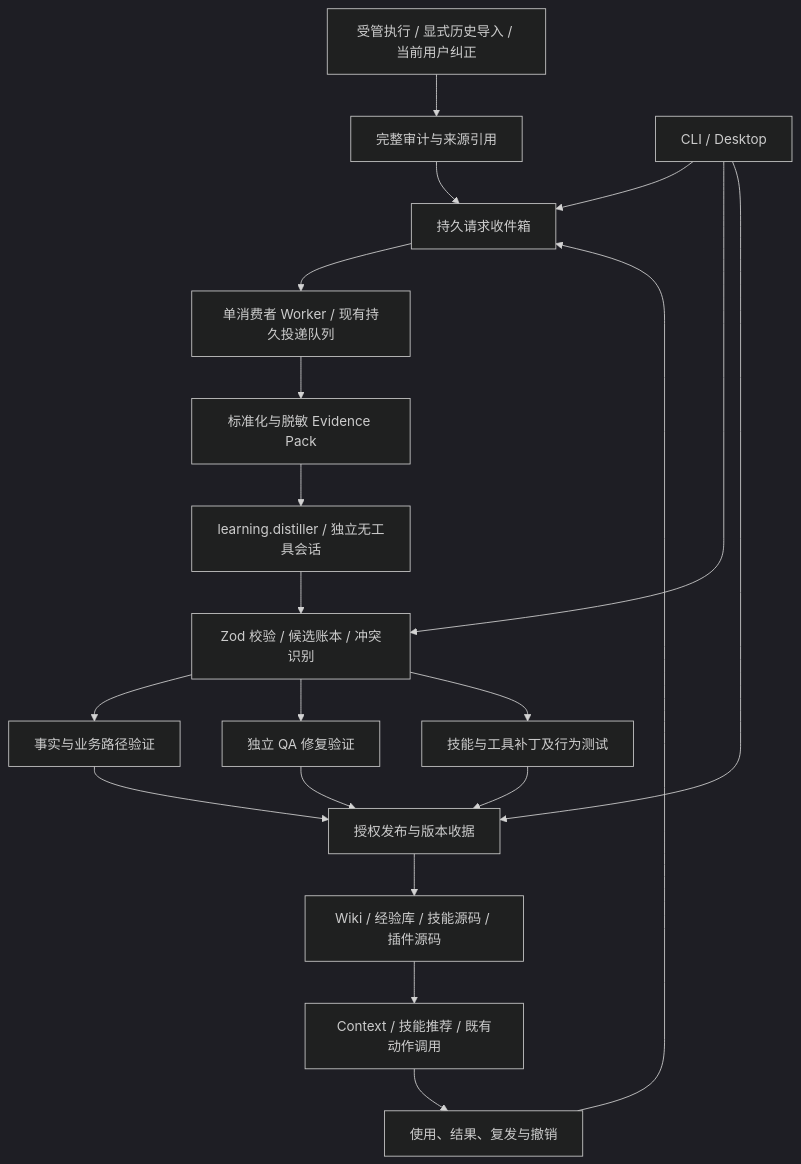
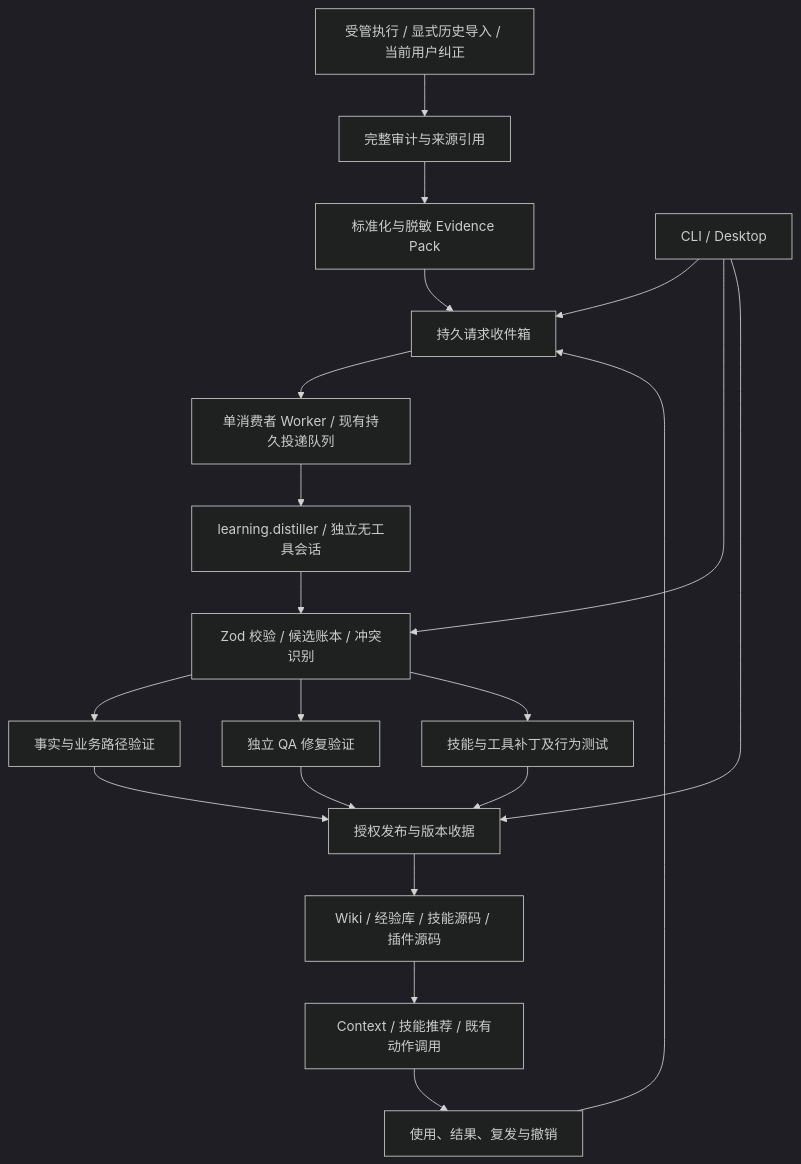
The diagram in docs/superpowers/plans/2026-11-09-session-distillation.zh.md (easyhaloo/afk), drawn with Mermaid (dark theme) before and after one commit. The commit also changed other lines of this file and 42 other files, not shown here.

````diff
--- a/docs/superpowers/plans/2026-11-09-session-distillation.zh.md
+++ b/docs/superpowers/plans/2026-11-09-session-distillation.zh.md
@@ -51,22 +51,22 @@
 ```mermaid
 flowchart TD
     A[受管执行 / 显式历史导入 / 当前用户纠正] --> B[完整审计与来源引用]
-    B --> C[持久请求收件箱]
+    B --> E[标准化与脱敏 Evidence Pack]
+    E --> C[持久请求收件箱]
     C --> D[单消费者 Worker / 现有持久投递队列]
-    D --> E[标准化与脱敏 Evidence Pack]
-    E --> F[learning.distiller / 独立无工具会话]
+    D --> F[learning.distiller / 独立无工具会话]
     F --> G[Zod 校验 / 候选账本 / 冲突识别]
     G --> H[事实与业务路径验证]
     G --> I[独立 QA 修复验证]
     G --> J[技能与工具补丁及行为测试]
     H --> K[授权发布与版本收据]
     I --> K
     J --> K
     K --> L[Wiki / 经验库 / 技能源码 / 插件源码]
     L --> M[Context / 技能推荐 / 既有动作调用]
     M --> N[使用、结果、复发与撤销]
     N --> C
     O[CLI / Desktop] --> C
     O --> G
     O --> K
 ```
````
